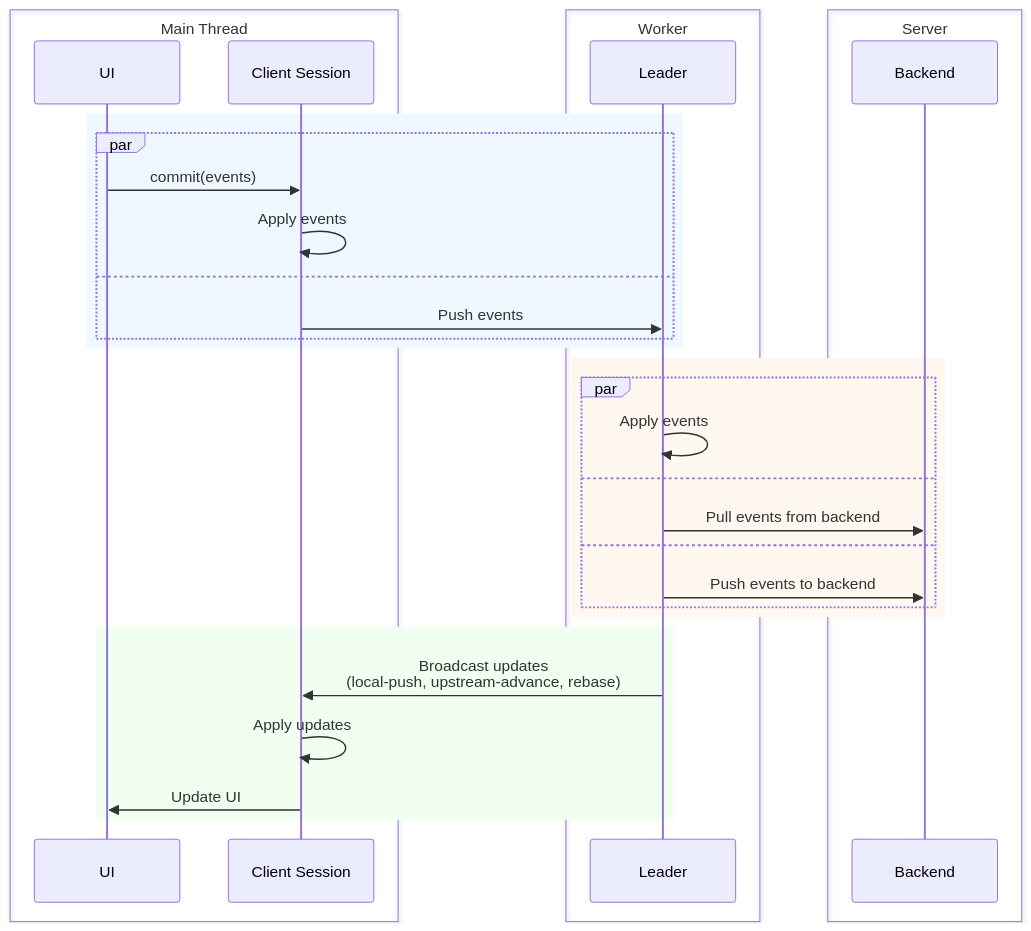
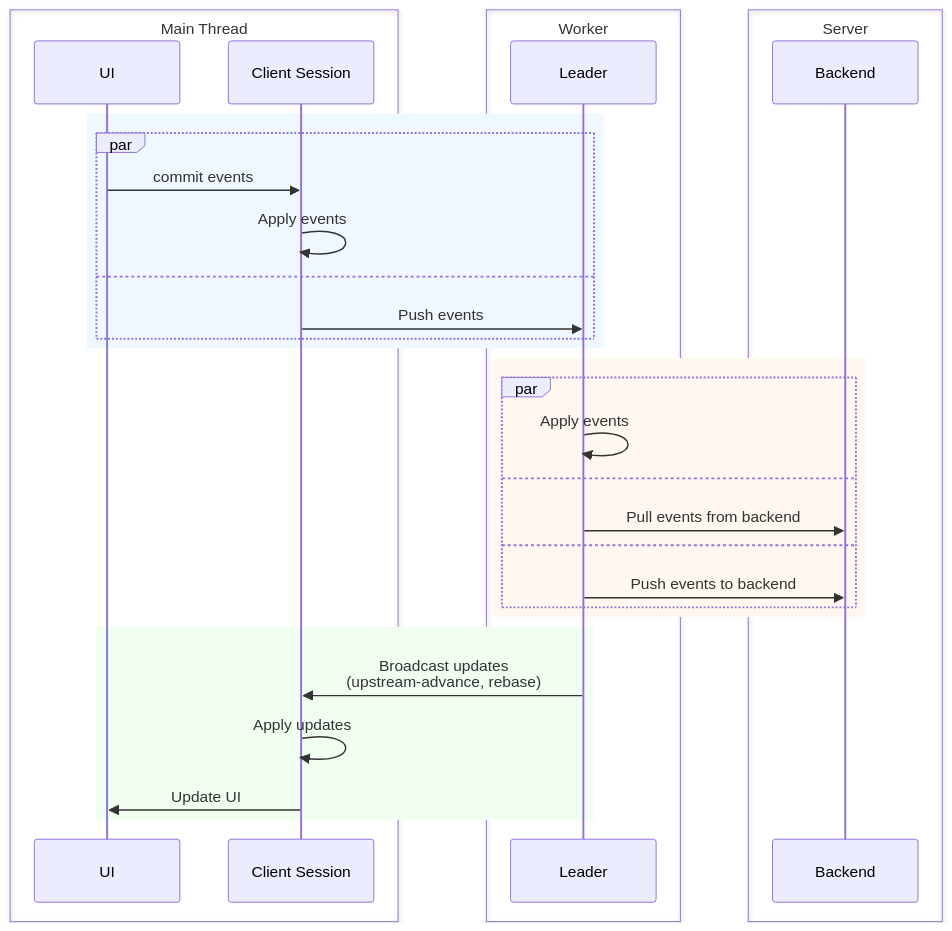
Before and after one commit to livestorejs/livestore: the diagram in docs/src/content/docs/reference/syncing/diagrams/syncing-general.mermaid, drawn with Mermaid. The commit also changed 5 other files, not shown here.

Commit message:
docs(reference): syncing sequence diagrams

```diff
--- a/docs/src/content/docs/reference/syncing/diagrams/syncing-general.mermaid
+++ b/docs/src/content/docs/reference/syncing/diagrams/syncing-general.mermaid
@@ -1,36 +1,36 @@
 sequenceDiagram
     box Main Thread
         participant UI
         participant ClientSession as Client Session
     end
     box Worker
         participant Leader
     end
     box Server
         participant Backend
     end
 
     rect rgb(240, 248, 255)
         par
-            UI->>ClientSession: commit(events)
+            UI->>ClientSession: commit events
             ClientSession->>ClientSession: Apply events
         and
             ClientSession->>Leader: Push events
         end
     end
 
     rect rgb(255, 248, 240)
         par
             Leader->>Leader: Apply events
         and
             Leader->>Backend: Pull events from backend
         and
             Leader->>Backend: Push events to backend
         end
     end
 
     rect rgb(240, 255, 240)
-        Leader->>ClientSession: Broadcast updates<br/>(local-push, upstream-advance, rebase)
+        Leader->>ClientSession: Broadcast updates<br/>(upstream-advance, rebase)
         ClientSession->>ClientSession: Apply updates
         ClientSession->>UI: Update UI
     end
```
